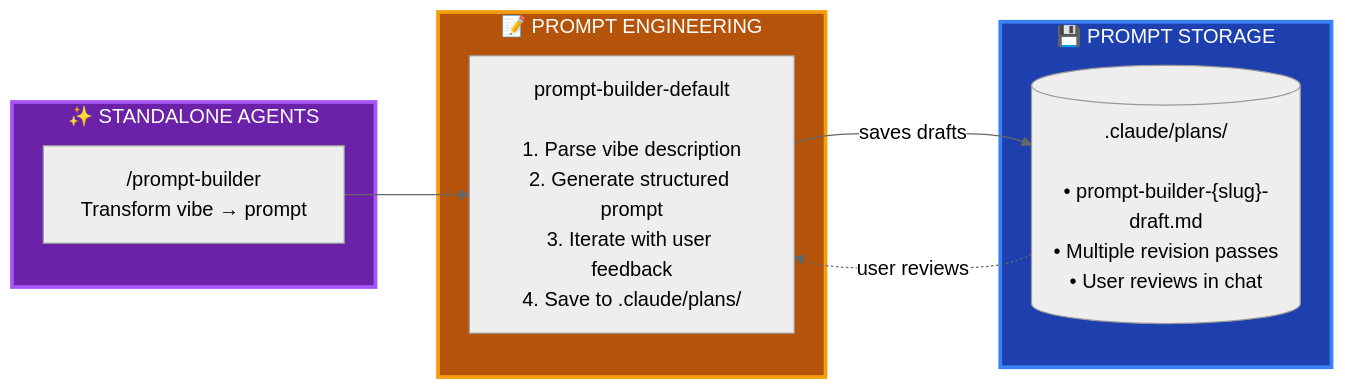
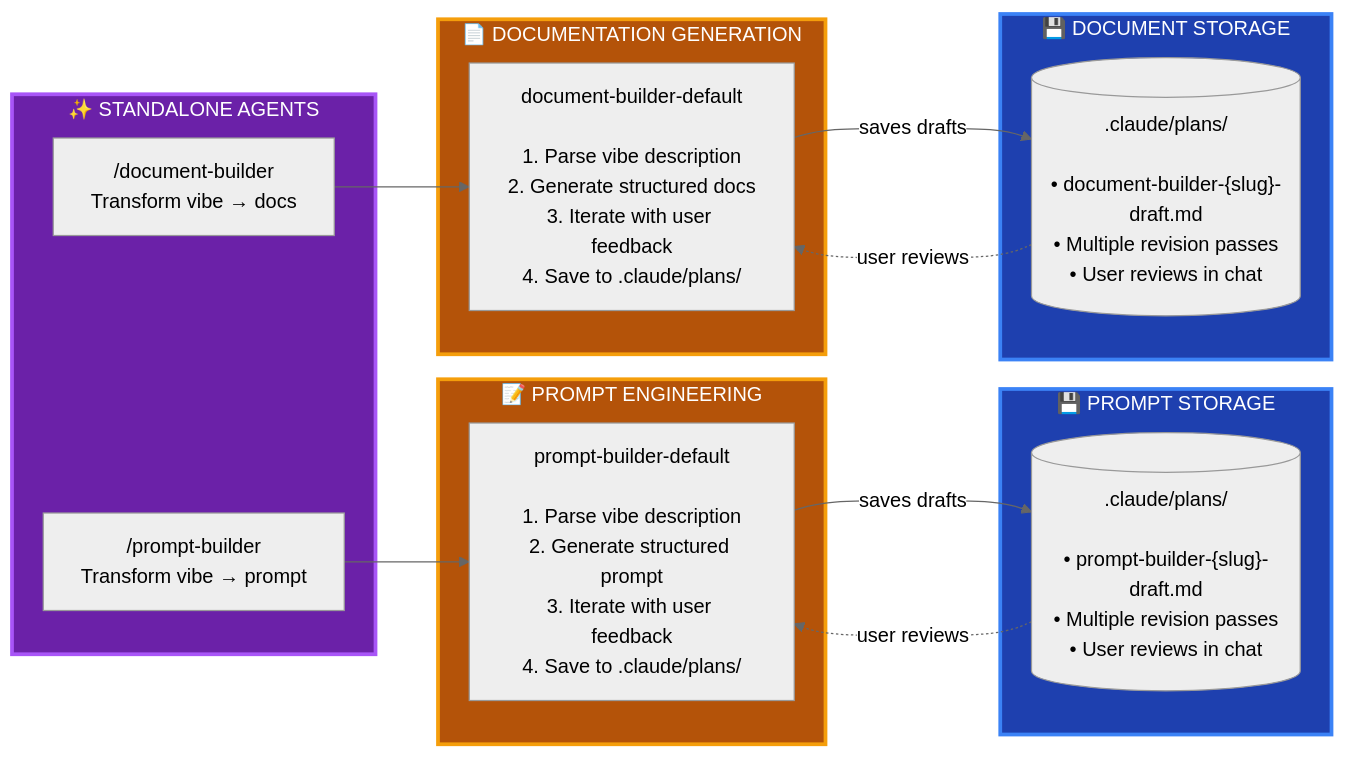
One commit to GantisStorm/essentials-claude-code changed the second of 2 diagrams in README.md. Above: the diagram before and after it, drawn with Mermaid (neutral theme). The commit also changed other lines of this file and 3 other files, not shown here.

First line of the commit message:
Add document-builder with comprehensive 6-pass quality validation

````diff
--- a/README.md
+++ b/README.md
@@ -85,22 +85,37 @@
 ```mermaid
 flowchart LR
     subgraph standalone["✨ STANDALONE AGENTS"]
         prompt_cmd["/prompt-builder<br/>Transform vibe → prompt"]
+        doc_cmd["/document-builder<br/>Transform vibe → docs"]
     end
 
     subgraph prompt_work["📝 PROMPT ENGINEERING"]
         prompt_agent["prompt-builder-default<br/><br/>1. Parse vibe description<br/>2. Generate structured prompt<br/>3. Iterate with user feedback<br/>4. Save to .claude/plans/"]
     end
 
+    subgraph doc_work["📄 DOCUMENTATION GENERATION"]
+        doc_agent["document-builder-default<br/><br/>1. Parse vibe description<br/>2. Generate structured docs<br/>3. Iterate with user feedback<br/>4. Save to .claude/plans/"]
+    end
+
     subgraph prompt_storage["💾 PROMPT STORAGE"]
         prompt_files[(".claude/plans/<br/><br/>• prompt-builder-{slug}-draft.md<br/>• Multiple revision passes<br/>• User reviews in chat")]
+    end
+
+    subgraph doc_storage["💾 DOCUMENT STORAGE"]
+        doc_files[(".claude/plans/<br/><br/>• document-builder-{slug}-draft.md<br/>• Multiple revision passes<br/>• User reviews in chat")]
     end
 
     prompt_cmd --> prompt_agent
     prompt_agent -->|"saves drafts"| prompt_files
     prompt_files -.->|"user reviews"| prompt_agent
 
+    doc_cmd --> doc_agent
+    doc_agent -->|"saves drafts"| doc_files
+    doc_files -.->|"user reviews"| doc_agent
+
     style standalone fill:#6b21a8,stroke:#a855f7,stroke-width:3px,color:#fff
     style prompt_work fill:#b45309,stroke:#f59e0b,stroke-width:3px,color:#fff
     style prompt_storage fill:#1e40af,stroke:#3b82f6,stroke-width:3px,color:#fff
+    style doc_work fill:#b45309,stroke:#f59e0b,stroke-width:3px,color:#fff
+    style doc_storage fill:#1e40af,stroke:#3b82f6,stroke-width:3px,color:#fff
 ```
````
